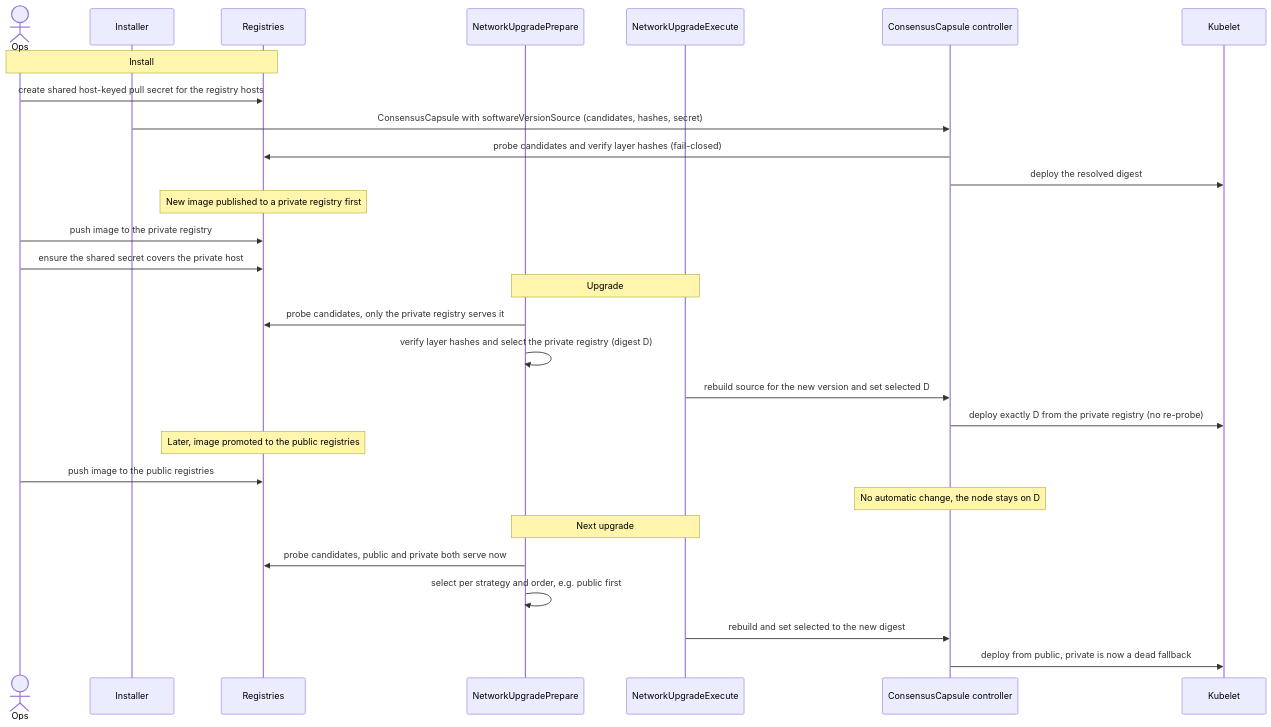
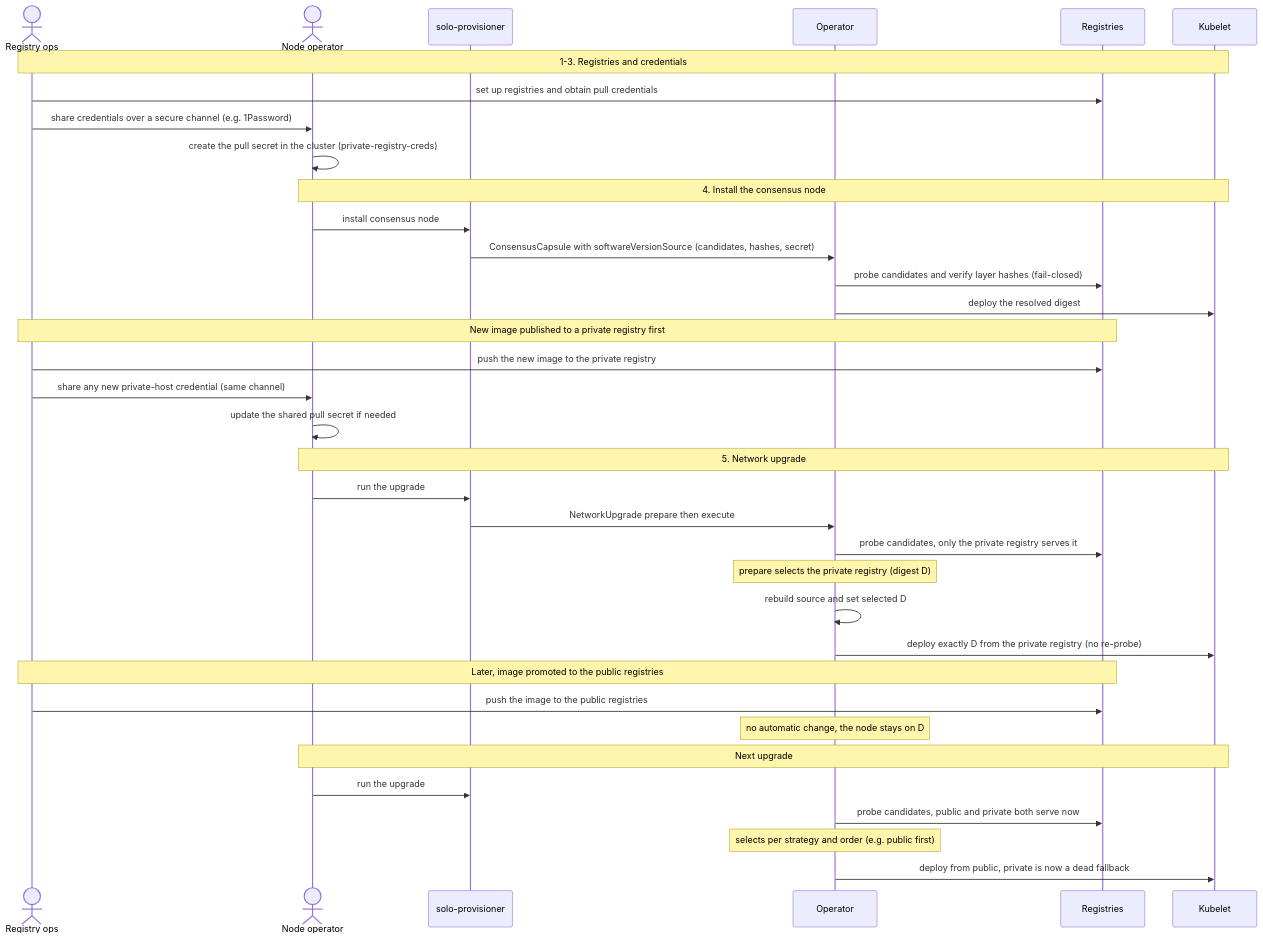
One commit to hashgraph/solo-operator changed the first of 2 diagrams in docs/design/multi-registry-image-sources.md. Above: the diagram before and after it, drawn with Mermaid. The commit also changed other lines of this file, not shown here.

Commit message:
docs(design): split registry ops and node operator in the lifecycle diagram

````diff
--- a/docs/design/multi-registry-image-sources.md
+++ b/docs/design/multi-registry-image-sources.md
@@ -53,36 +63,43 @@
 ```mermaid
 sequenceDiagram
-    actor Ops
-    participant Installer
+    actor RegOps as Registry ops
+    actor NodeOp as Node operator
+    participant Prov as solo-provisioner
+    participant Operator
     participant Reg as Registries
-    participant Prepare as NetworkUpgradePrepare
-    participant Execute as NetworkUpgradeExecute
-    participant Capsule as ConsensusCapsule controller
     participant Kubelet
 
-    Note over Ops,Reg: Install
-    Ops->>Reg: create shared host-keyed pull secret for the registry hosts
-    Installer->>Capsule: ConsensusCapsule with softwareVersionSource (candidates, hashes, secret)
-    Capsule->>Reg: probe candidates and verify layer hashes (fail-closed)
-    Capsule->>Kubelet: deploy the resolved digest
+    Note over RegOps,Kubelet: 1-3. Registries and credentials
+    RegOps->>Reg: set up registries and obtain pull credentials
+    RegOps->>NodeOp: share credentials over a secure channel (e.g. 1Password)
+    NodeOp->>NodeOp: create the pull secret in the cluster (private-registry-creds)
 
-    Note over Reg: New image published to a private registry first
-    Ops->>Reg: push image to the private registry
-    Ops->>Reg: ensure the shared secret covers the private host
+    Note over NodeOp,Kubelet: 4. Install the consensus node
+    NodeOp->>Prov: install consensus node
+    Prov->>Operator: ConsensusCapsule with softwareVersionSource (candidates, hashes, secret)
+    Operator->>Reg: probe candidates and verify layer hashes (fail-closed)
+    Operator->>Kubelet: deploy the resolved digest
 
-    Note over Prepare,Execute: Upgrade
-    Prepare->>Reg: probe candidates, only the private registry serves it
-    Prepare->>Prepare: verify layer hashes and select the private registry (digest D)
-    Execute->>Capsule: rebuild source for the new version and set selected D
-    Capsule->>Kubelet: deploy exactly D from the private registry (no re-probe)
+    Note over RegOps,Reg: New image published to a private registry first
+    RegOps->>Reg: push the new image to the private registry
+    RegOps->>NodeOp: share any new private-host credential (same channel)
+    NodeOp->>NodeOp: update the shared pull secret if needed
 
-    Note over Reg: Later, image promoted to the public registries
-    Ops->>Reg: push image to the public registries
-    Note over Capsule: No automatic change, the node stays on D
+    Note over NodeOp,Kubelet: 5. Network upgrade
+    NodeOp->>Prov: run the upgrade
+    Prov->>Operator: NetworkUpgrade prepare then execute
+    Operator->>Reg: probe candidates, only the private registry serves it
+    Note over Operator: prepare selects the private registry (digest D)
+    Operator->>Operator: rebuild source and set selected D
+    Operator->>Kubelet: deploy exactly D from the private registry (no re-probe)
 
-    Note over Prepare,Execute: Next upgrade
-    Prepare->>Reg: probe candidates, public and private both serve now
-    Prepare->>Prepare: select per strategy and order, e.g. public first
-    Execute->>Capsule: rebuild and set selected to the new digest
-    Capsule->>Kubelet: deploy from public, private is now a dead fallback
+    Note over RegOps,Reg: Later, image promoted to the public registries
+    RegOps->>Reg: push the image to the public registries
+    Note over Operator: no automatic change, the node stays on D
+
+    Note over NodeOp,Kubelet: Next upgrade
+    NodeOp->>Prov: run the upgrade
+    Operator->>Reg: probe candidates, public and private both serve now
+    Note over Operator: selects per strategy and order (e.g. public first)
+    Operator->>Kubelet: deploy from public, private is now a dead fallback
 ```
````
